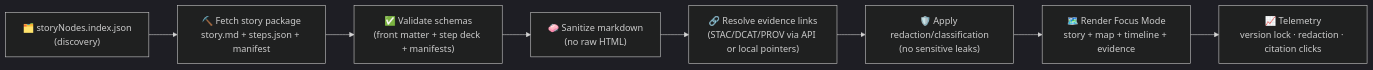
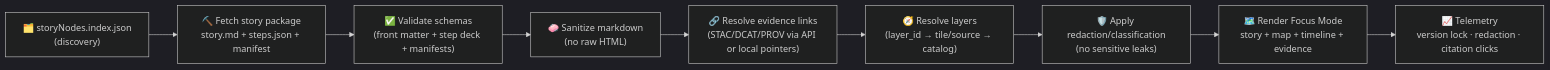
Before and after one commit to bartytime4life/Kansas-Frontier-Matrix: the second of 2 diagrams in web/story_nodes/README.md, drawn with Mermaid (dark theme). The commit also changed other lines of this file, not shown here.

First line of the commit message:
Update README with version and new sections

````diff
--- a/web/story_nodes/README.md
+++ b/web/story_nodes/README.md
@@ -500,10 +671,11 @@
 ```mermaid
 flowchart LR
   A["🗂️ storyNodes.index.json<br/>(discovery)"] --> B["⛏️ Fetch story package<br/>story.md + steps.json + manifest"]
   B --> C["✅ Validate schemas<br/>(front matter + step deck + manifests)"]
   C --> D["🧼 Sanitize markdown<br/>(no raw HTML)"]
   D --> E["🔗 Resolve evidence links<br/>(STAC/DCAT/PROV via API or local pointers)"]
-  E --> F["🛡️ Apply redaction/classification<br/>(no sensitive leaks)"]
-  F --> G["🗺️ Render Focus Mode<br/>story + map + timeline + evidence"]
-  G --> H["📈 Telemetry<br/>version lock · redaction · citation clicks"]
+  E --> F["🧭 Resolve layers<br/>(layer_id → tile/source → catalog)"]
+  F --> G["🛡️ Apply redaction/classification<br/>(no sensitive leaks)"]
+  G --> H["🗺️ Render Focus Mode<br/>story + map + timeline + evidence"]
+  H --> I["📈 Telemetry<br/>version lock · redaction · citation clicks"]
 ```
````
